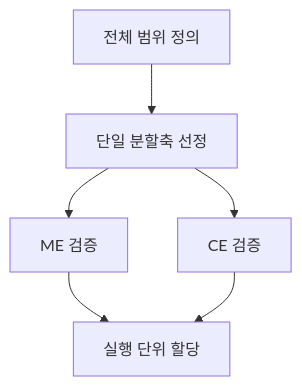
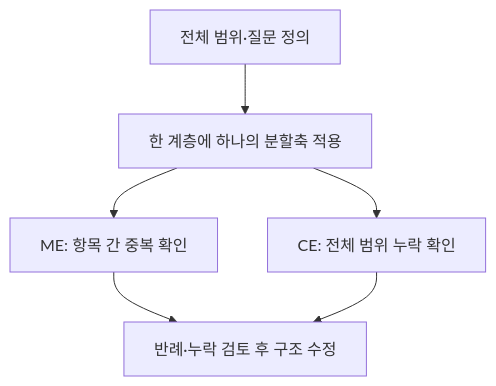
Before and after one commit to agnusdei1207/study: the second of 4 diagrams in src/content/docs/notes/itpe/01-it-strategy/045_mece.md, drawn with Mermaid. The commit also changed other lines of this file and 5 other files, not shown here.

````diff
--- a/src/content/docs/notes/itpe/01-it-strategy/045_mece.md
+++ b/src/content/docs/notes/itpe/01-it-strategy/045_mece.md
@@ -91,8 +93,8 @@
 ```mermaid
 flowchart TD
-    U["전체 범위 정의"] --> S1["단일 분할축 선정"]
-    S1 --> ME["ME 검증"]
-    S1 --> CE["CE 검증"]
-    ME --> R["실행 단위 할당"]
+    U["전체 범위·질문 정의"] --> S1["한 계층에 하나의 분할축 적용"]
+    S1 --> ME["ME: 항목 간 중복 확인"]
+    S1 --> CE["CE: 전체 범위 누락 확인"]
+    ME --> R["반례·누락 검토 후 구조 수정"]
     CE --> R
 ```
````
